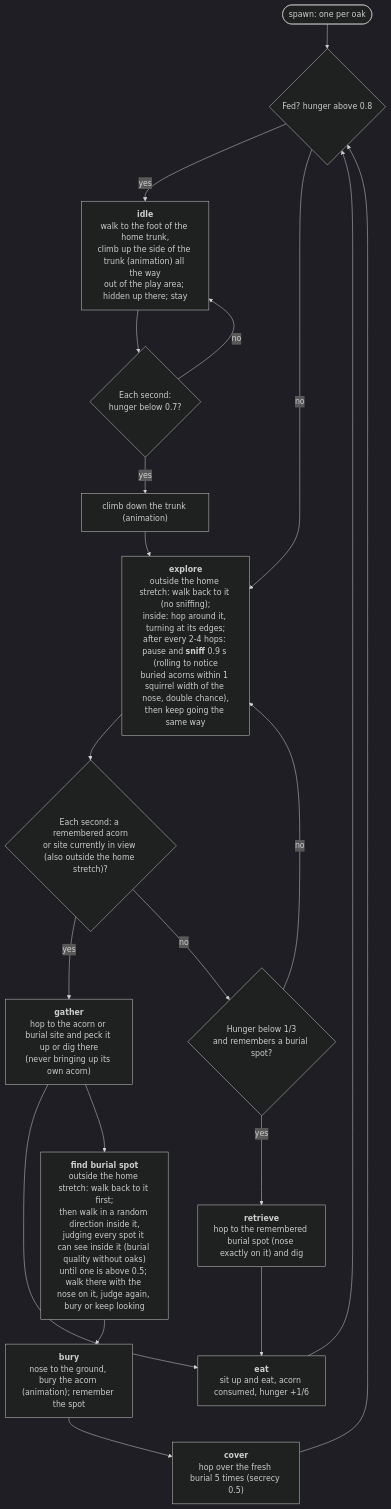
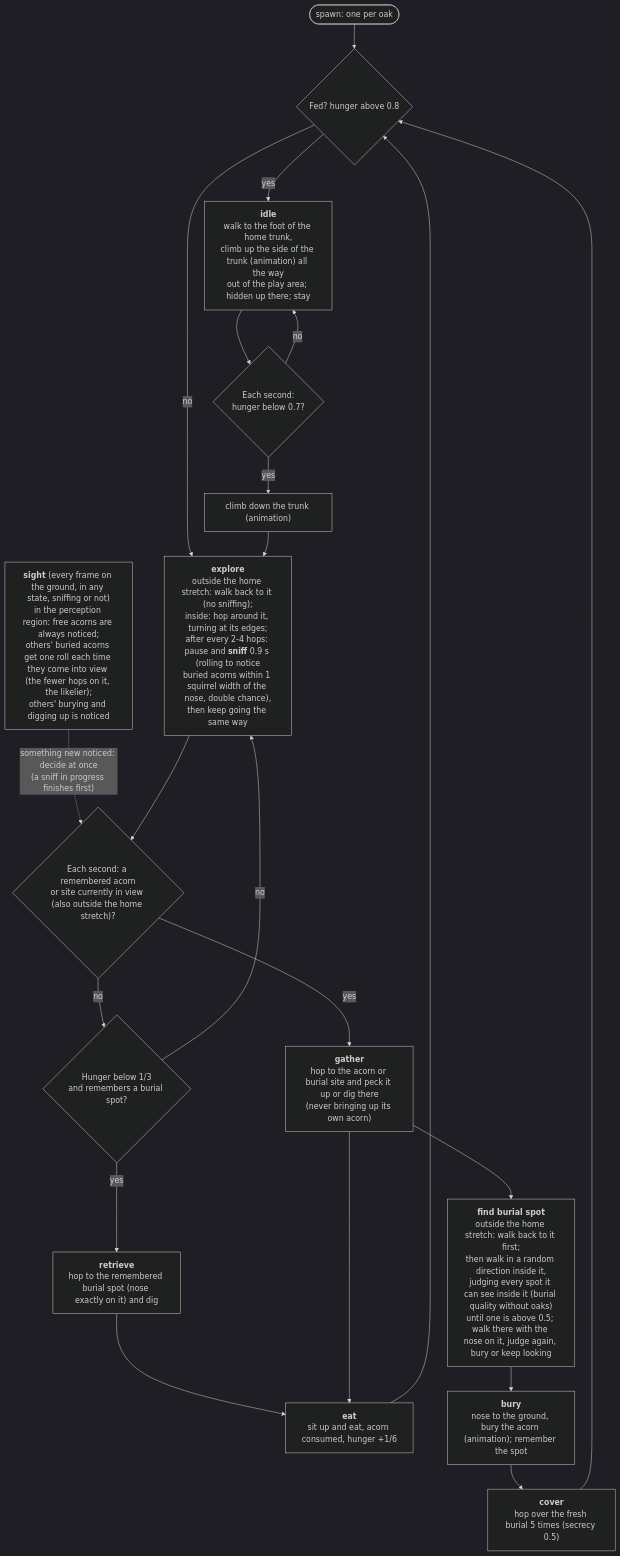
The diagram in SQUIRREL_STATE_MACHINE.md (adam-kosinski/Blue-Jay-Acorns), drawn with Mermaid (dark theme) before and after one commit. The commit also changed other lines of this file, not shown here.

Commit message:
Squirrel chart: show perception by sight alongside sniffing

````diff
--- a/SQUIRREL_STATE_MACHINE.md
+++ b/SQUIRREL_STATE_MACHINE.md
@@ -9,34 +11,36 @@
 ```mermaid
 flowchart TD
     START([spawn: one per oak]) --> rest
 
     rest{"Fed? hunger above 0.8"}
     rest -- "yes" --> idle
     rest -- "no" --> explore
 
     idle["<b>idle</b><br/>walk to the foot of the home trunk,<br/>climb up the side of the trunk (animation) all the way<br/>out of the play area; hidden up there; stay"]
     idle --> hungry{"Each second:<br/>hunger below 0.7?"}
     hungry -- "yes" --> down["climb down the trunk (animation)"]
     down --> explore
     hungry -- "no" --> idle
 
     explore["<b>explore</b><br/>outside the home stretch: walk back to it (no sniffing);<br/>inside: hop around it, turning at its edges;<br/>after every 2-4 hops: pause and <b>sniff</b> 0.9 s (rolling to notice<br/>buried acorns within 1 squirrel width of the nose, double chance),<br/>then keep going the same way"]
+    sight["<b>sight</b> (every frame on the ground, in any state, sniffing or not)<br/>in the perception region: free acorns are always noticed;<br/>others' buried acorns get one roll each time they come into view (the fewer hops on it, the likelier);<br/>others' burying and digging up is noticed"]
+    sight -. "something new noticed: decide at once<br/>(a sniff in progress finishes first)" .-> sees
     explore --> sees{"Each second: a remembered acorn<br/>or site currently in view (also outside the home stretch)?"}
     sees -- "yes" --> gather
     sees -- "no" --> starving{"Hunger below 1/3<br/>and remembers a burial spot?"}
     starving -- "yes" --> retrieve
     starving -- "no" --> explore
 
     retrieve["<b>retrieve</b><br/>hop to the remembered burial spot (nose exactly on it) and dig"]
     gather["<b>gather</b><br/>hop to the acorn or burial site and peck it up or dig there<br/>(never bringing up its own acorn)"]
     eat["<b>eat</b><br/>sit up and eat, acorn consumed, hunger +1/6"]
     find["<b>find burial spot</b><br/>outside the home stretch: walk back to it first;<br/>then walk in a random direction inside it,<br/>judging every spot it can see inside it (burial quality without oaks)<br/>until one is above 0.5; walk there with the nose on it, judge again, bury or keep looking"]
     bury["<b>bury</b><br/>nose to the ground, bury the acorn (animation); remember the spot"]
     cover["<b>cover</b><br/>hop over the fresh burial 5 times (secrecy 0.5)"]
 
     retrieve --> eat
     gather --> eat
     gather --> find
     find --> bury --> cover --> rest
     eat --> rest
 ```
````
